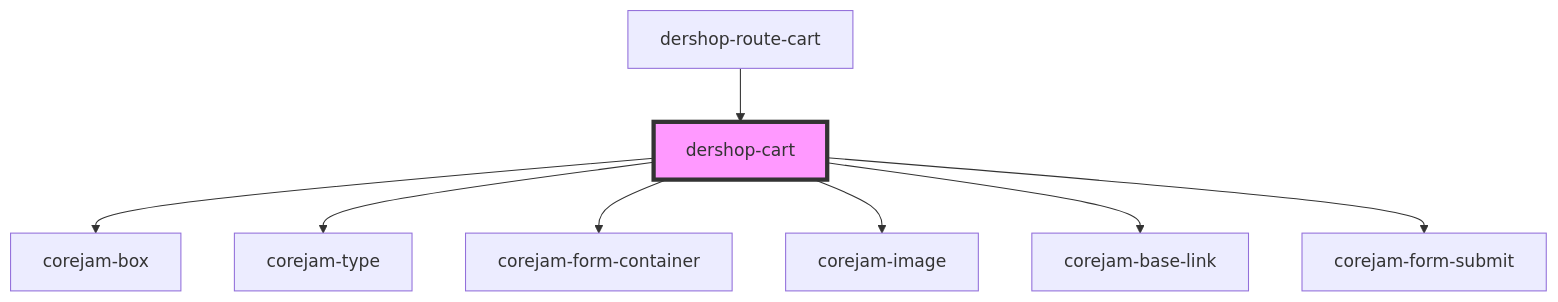
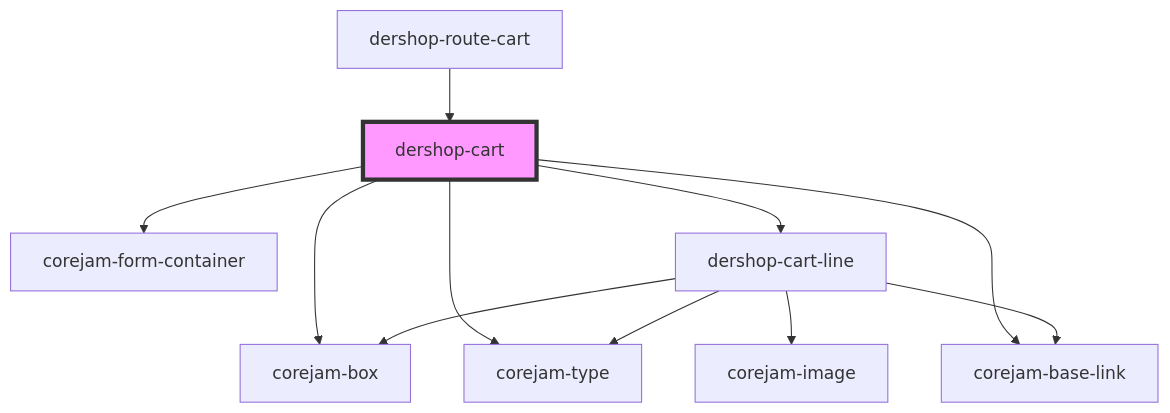
Before and after one commit to corejam/corejam: the diagram in packages/plugins/dershop/app/components/dershop-cart/readme.md, drawn with Mermaid. The commit also changed other lines of this file and 5 other files, not shown here.

Commit message:
cart line items for confirm page

````diff
--- a/packages/plugins/dershop/app/components/dershop-cart/readme.md
+++ b/packages/plugins/dershop/app/components/dershop-cart/readme.md
@@ -24,11 +23,14 @@
 ```mermaid
 graph TD;
   dershop-cart --> corejam-box
   dershop-cart --> corejam-type
   dershop-cart --> corejam-form-container
-  dershop-cart --> corejam-image
+  dershop-cart --> dershop-cart-line
   dershop-cart --> corejam-base-link
-  dershop-cart --> corejam-form-submit
+  dershop-cart-line --> corejam-box
+  dershop-cart-line --> corejam-image
+  dershop-cart-line --> corejam-base-link
+  dershop-cart-line --> corejam-type
   dershop-route-cart --> dershop-cart
   style dershop-cart fill:#f9f,stroke:#333,stroke-width:4px
 ```
````
